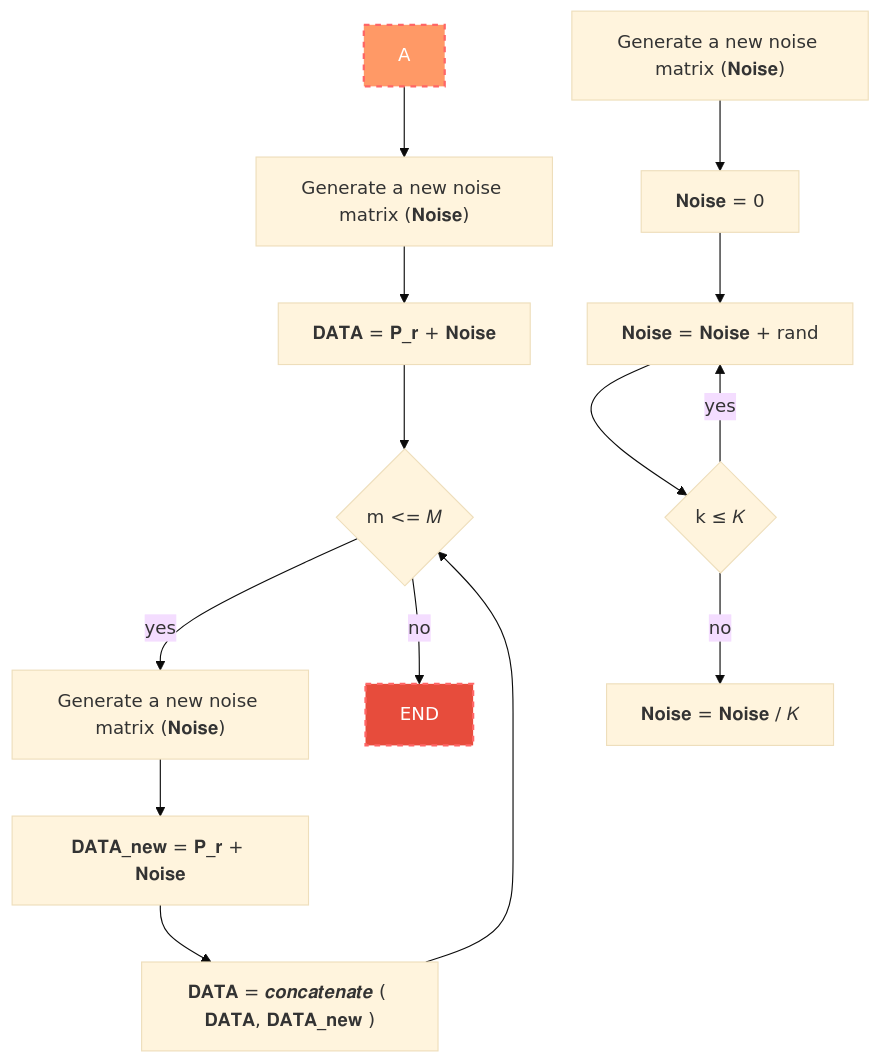
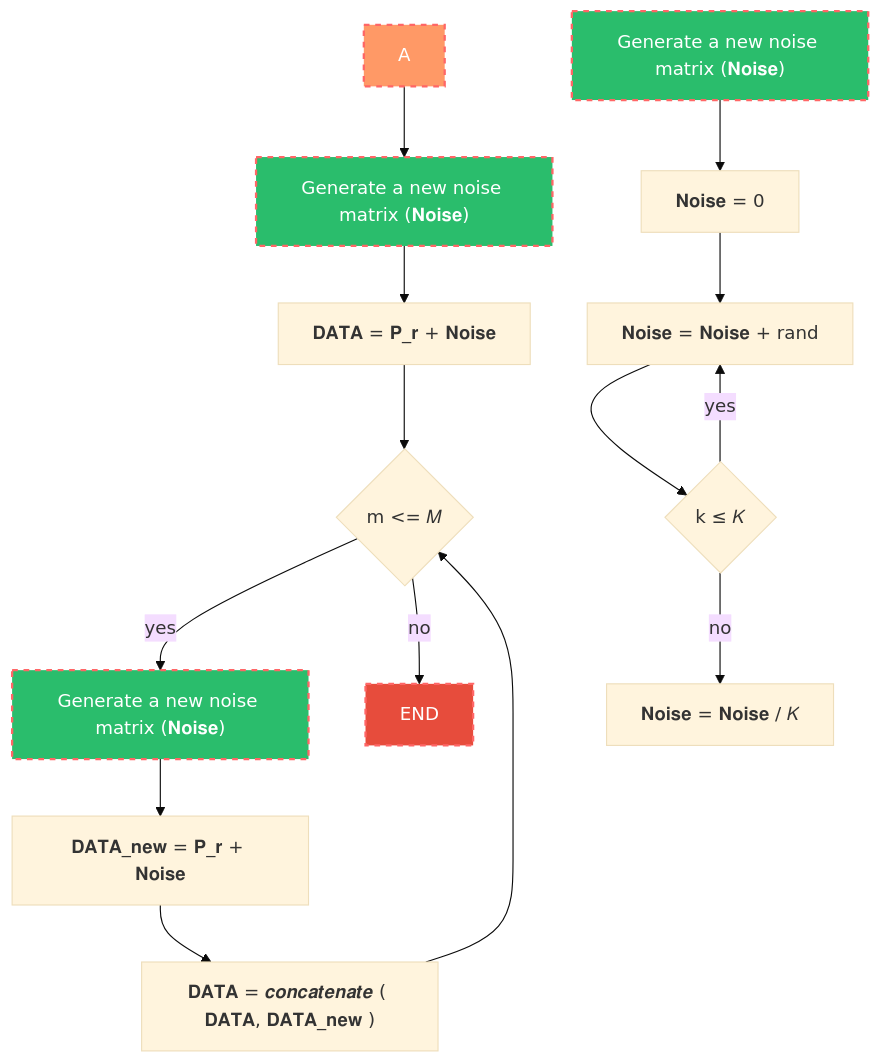
Before and after one commit to anakings/Tesis: the second of 2 diagrams in README.md, drawn with Mermaid (base theme).

````diff
--- a/README.md
+++ b/README.md
@@ -47,20 +47,23 @@
 ```mermaid
     graph
     noise_1[A] --> ADD1["Generate a new noise matrix (𝐍𝐨𝐢𝐬𝐞)"]
+    style ADD1 fill:#2ABD6C,stroke:#f66,stroke-width:2px,color:#fff,stroke-dasharray: 5 5
     ADD1 --> noise_2["𝐃𝐀𝐓𝐀 = 𝐏_𝐫 + 𝐍𝐨𝐢𝐬𝐞"]
     style noise_1 fill:#f96,stroke:#f66,stroke-width:2px,color:#fff,stroke-dasharray: 5 5
     noise_2 --> noise_3{"m <= 𝑀"}
     noise_3 --> |yes|noise_5["Generate a new noise matrix (𝐍𝐨𝐢𝐬𝐞)"]
+    style noise_5 fill:#2ABD6C,stroke:#f66,stroke-width:2px,color:#fff,stroke-dasharray: 5 5
     noise_5 --> noise_6["𝐃𝐀𝐓𝐀_𝐧𝐞𝐰 = 𝐏_𝐫 + 𝐍𝐨𝐢𝐬𝐞"]
     noise_6 --> noise_7["𝐃𝐀𝐓𝐀 = 𝒄𝒐𝒏𝒄𝒂𝒕𝒆𝒏𝒂𝒕𝒆 ( 𝐃𝐀𝐓𝐀, 𝐃𝐀𝐓𝐀_𝐧𝐞𝐰 )"]
     noise_7 --> noise_3
     
     noise_3 --> |no|noise_4[END]
     style noise_4 fill:#E74C3C,stroke:#f66,stroke-width:2px,color:#fff,stroke-dasharray: 5 5
 
     id_1["Generate a new noise matrix (𝐍𝐨𝐢𝐬𝐞)"] --> id_2["𝐍𝐨𝐢𝐬𝐞 = 0"]
+    style id_1 fill:#2ABD6C,stroke:#f66,stroke-width:2px,color:#fff,stroke-dasharray: 5 5
     id_2 --> id_3["𝐍𝐨𝐢𝐬𝐞 = 𝐍𝐨𝐢𝐬𝐞 + rand"]
     id_3 --> id_4{"k ≤ 𝐾"}
     id_4 --> |yes|id_3
     id_4 --> |no|id_5["𝐍𝐨𝐢𝐬𝐞 = 𝐍𝐨𝐢𝐬𝐞 / 𝐾"]
 ```
````
